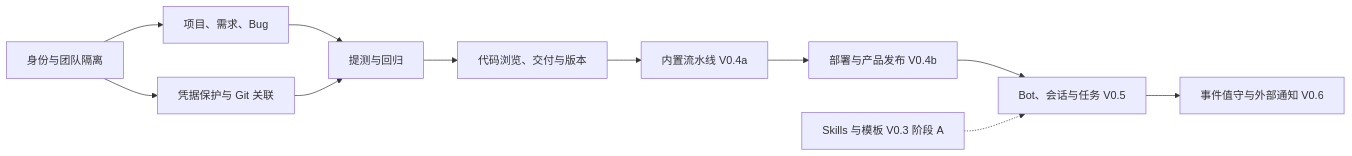
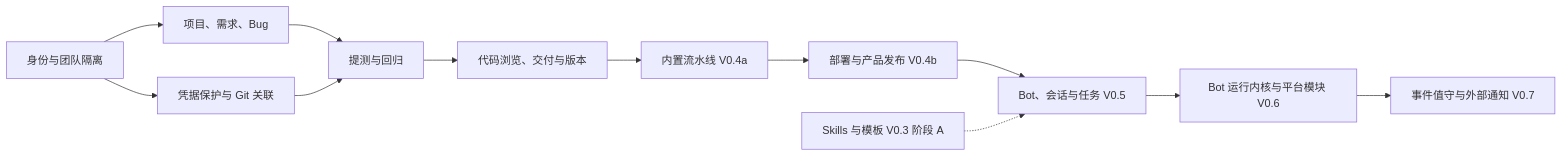
One commit to aiShuiJiaoDeXioShou/dev-ops changed the diagram in docs/prd/release-plan.md. Above: the diagram before and after it, drawn with Mermaid. The commit also changed other lines of this file and 2 other files, not shown here.

````diff
--- a/docs/prd/release-plan.md
+++ b/docs/prd/release-plan.md
@@ -124,13 +125,14 @@
 ```mermaid
 flowchart LR
     A[身份与团队隔离] --> B[项目、需求、Bug]
     A --> C[凭据保护与 Git 关联]
     B --> D[提测与回归]
     C --> D
     D --> E[代码浏览、交付与版本]
     E --> F[内置流水线 V0.4a]
     F --> G[部署与产品发布 V0.4b]
     G --> H[Bot、会话与任务 V0.5]
-    H --> I[事件值守与外部通知 V0.6]
+    H --> J[Bot 运行内核与平台模块 V0.6]
+    J --> I[事件值守与外部通知 V0.7]
     K[Skills 与模板 V0.3 阶段 A] -.-> H
 ```
````
